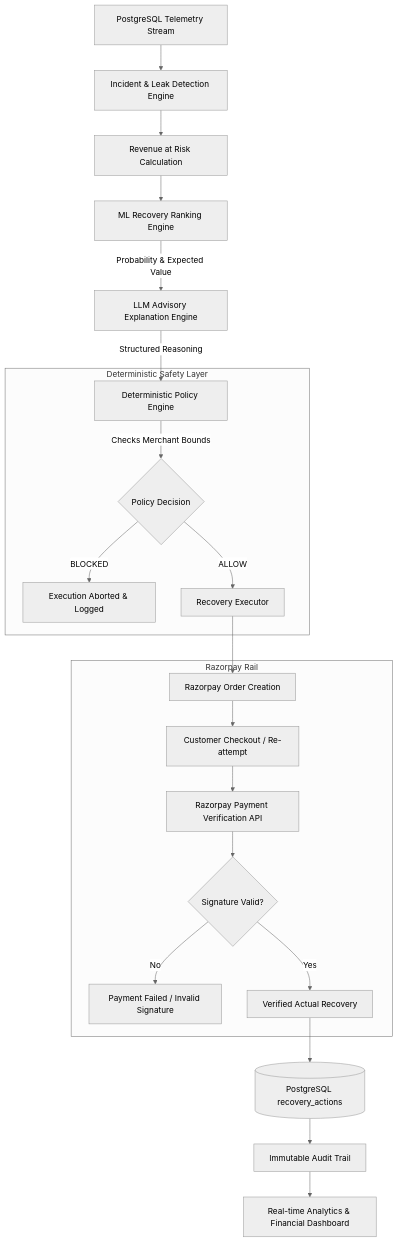
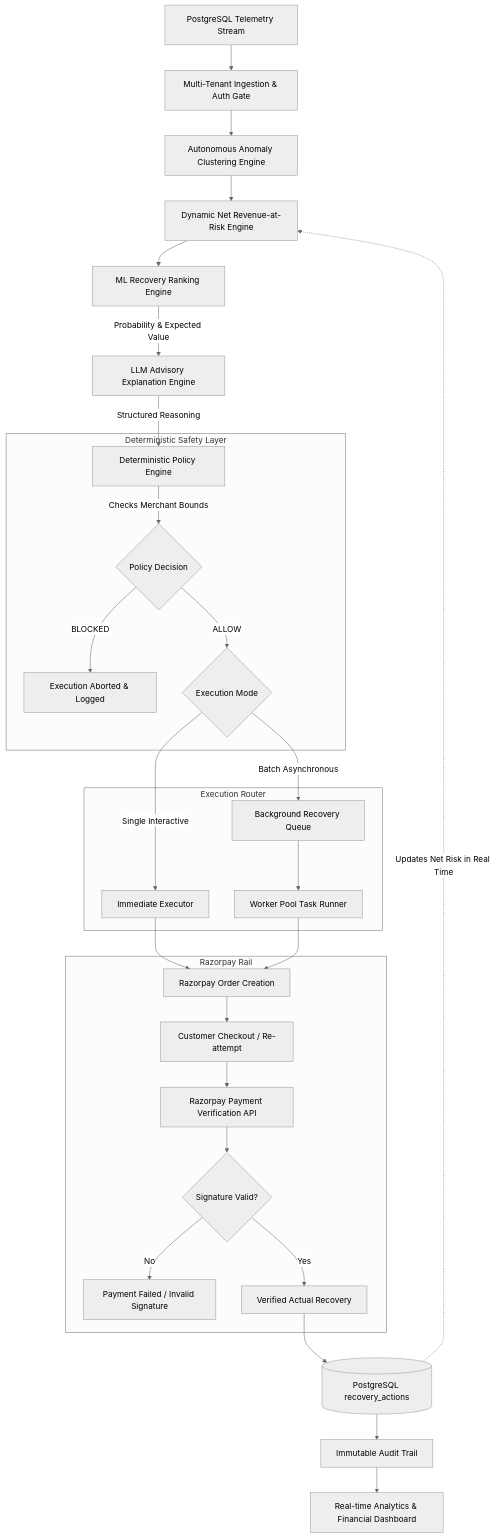
The diagram in README.md (aswinofficial81/Recovery-X-sentinel), drawn with Mermaid (neutral theme) before and after one commit. The commit also changed other lines of this file, not shown here.

Commit message:
docs: update README with dynamic risk engine, multi-tenant auth, anomaly clustering, and async queue

````diff
--- a/README.md
+++ b/README.md
@@ -51,27 +55,36 @@
 ```mermaid
 flowchart TD
-    A[PostgreSQL Telemetry Stream] --> B[Incident & Leak Detection Engine]
-    B --> C[Revenue at Risk Calculation]
-    C --> D[ML Recovery Ranking Engine]
-    D -->|Probability & Expected Value| E[LLM Advisory Explanation Engine]
-    E -->|Structured Reasoning| F[Deterministic Policy Engine]
+    A[PostgreSQL Telemetry Stream] --> B[Multi-Tenant Ingestion & Auth Gate]
+    B --> C[Autonomous Anomaly Clustering Engine]
+    C --> D[Dynamic Net Revenue-at-Risk Engine]
+    D --> E[ML Recovery Ranking Engine]
+    E -->|Probability & Expected Value| F[LLM Advisory Explanation Engine]
+    F -->|Structured Reasoning| G[Deterministic Policy Engine]
     
     subgraph Decision Gate [Deterministic Safety Layer]
-        F -->|Checks Merchant Bounds| G{Policy Decision}
-        G -->|BLOCKED| H[Execution Aborted & Logged]
-        G -->|ALLOW| I[Recovery Executor]
+        G -->|Checks Merchant Bounds| H{Policy Decision}
+        H -->|BLOCKED| I[Execution Aborted & Logged]
+        H -->|ALLOW| J{Execution Mode}
+    end
+    
+    subgraph Dispatch Layer [Execution Router]
+        J -->|Single Interactive| K[Immediate Executor]
+        J -->|Batch Asynchronous| L[Background Recovery Queue]
+        L --> M[Worker Pool Task Runner]
     end
     
     subgraph Execution & Verification [Razorpay Rail]
-        I --> J[Razorpay Order Creation]
-        J --> K[Customer Checkout / Re-attempt]
-        K --> L[Razorpay Payment Verification API]
-        L --> M{Signature Valid?}
-        M -->|No| N[Payment Failed / Invalid Signature]
-        M -->|Yes| O[Verified Actual Recovery]
+        K --> N[Razorpay Order Creation]
+        M --> N
+        N --> O[Customer Checkout / Re-attempt]
+        O --> P[Razorpay Payment Verification API]
+        P --> Q{Signature Valid?}
+        Q -->|No| R[Payment Failed / Invalid Signature]
+        Q -->|Yes| S[Verified Actual Recovery]
     end
     
-    O --> P[(PostgreSQL recovery_actions)]
-    P --> Q[Immutable Audit Trail]
-    Q --> R[Real-time Analytics & Financial Dashboard]
+    S --> T[(PostgreSQL recovery_actions)]
+    T --> U[Immutable Audit Trail]
+    U --> V[Real-time Analytics & Financial Dashboard]
+    T -.->|Updates Net Risk in Real Time| D
 ```
````
